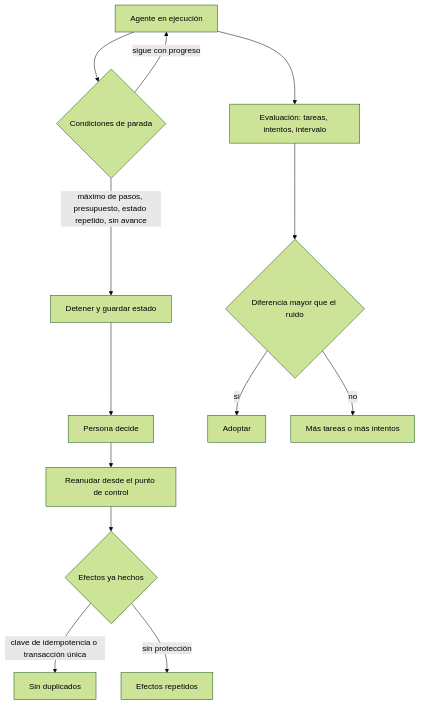
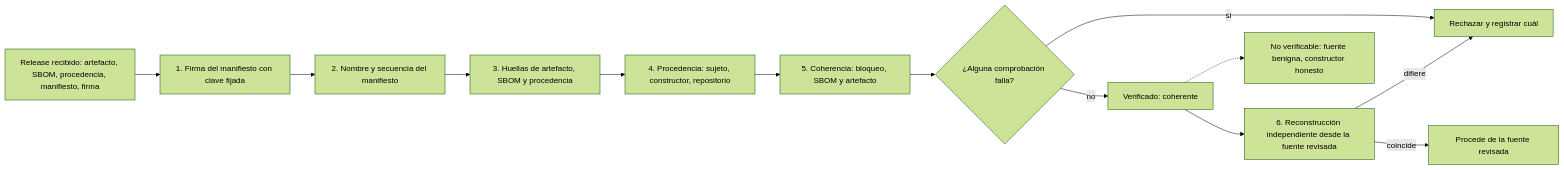
The diagram in content/part-39/SE-479.md (vladimiracunadev-create/modern-software-engineering-program), drawn with Mermaid (forest theme) before and after one commit. The commit also changed other lines of this file and 5193 other files, not shown here.

````diff
--- a/content/part-39/SE-479.md
+++ b/content/part-39/SE-479.md
@@ -56,15 +58,15 @@
 ```mermaid
-flowchart TD
-    A[Agente en ejecución] --> B{Condiciones de parada}
-    B -->|máximo de pasos, presupuesto, estado repetido, sin avance| C[Detener y guardar estado]
-    B -->|sigue con progreso| A
-    C --> D[Persona decide]
-    D --> E[Reanudar desde el punto de control]
-    E --> F{Efectos ya hechos}
-    F -->|clave de idempotencia o transacción única| G[Sin duplicados]
-    F -->|sin protección| H[Efectos repetidos]
-    A --> I[Evaluación: tareas, intentos, intervalo]
-    I --> J{Diferencia mayor que el ruido}
-    J -->|sí| K[Adoptar]
-    J -->|no| L[Más tareas o más intentos]
+flowchart LR
+    A[Release recibido: artefacto, SBOM, procedencia, manifiesto, firma] --> B[1. Firma del manifiesto con clave fijada]
+    B --> C[2. Nombre y secuencia del manifiesto]
+    C --> D[3. Huellas de artefacto, SBOM y procedencia]
+    D --> E[4. Procedencia: sujeto, constructor, repositorio]
+    E --> F[5. Coherencia: bloqueo, SBOM y artefacto]
+    F --> G{¿Alguna comprobación falla?}
+    G -->|sí| H[Rechazar y registrar cuál]
+    G -->|no| I[Verificado: coherente]
+    I --> J[6. Reconstrucción independiente desde la fuente revisada]
+    J -->|coincide| K[Procede de la fuente revisada]
+    J -->|difiere| H
+    I -.-> L[No verificable: fuente benigna, constructor honesto]
 ```
````
